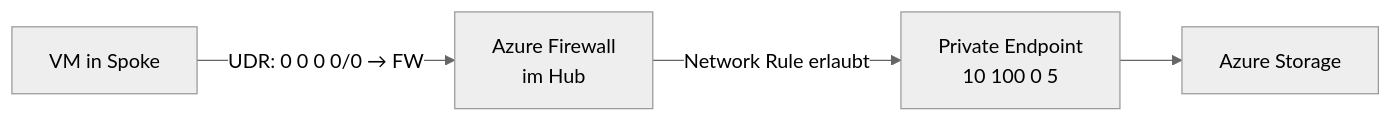
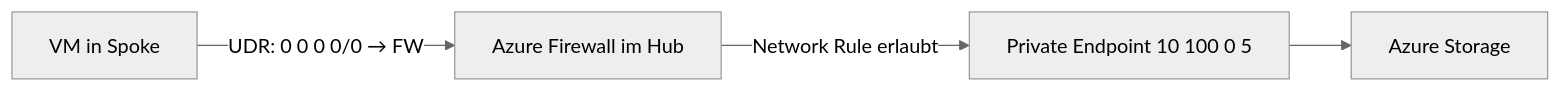
The fifth of 6 diagrams in Microsoft 365/Azure/Netzwerk/Azure Private Link.md (SoniiiT/notes-n-docs), drawn with Mermaid (neutral theme) before and after one commit. The commit also changed other lines of this file and 124 other files, not shown here.

First line of the commit message:
fix: Entferne \n aus allen Mermaid-Diagrammen (125 Dateien)

````diff
--- a/Microsoft 365/Azure/Netzwerk/Azure Private Link.md
+++ b/Microsoft 365/Azure/Netzwerk/Azure Private Link.md
@@ -275,6 +275,6 @@
 ```mermaid
 graph LR
-    VM[VM in Spoke] -->|UDR: 0 0 0 0/0 → FW| FW[Azure Firewall\nim Hub]
-    FW -->|Network Rule erlaubt| PE[Private Endpoint\n10 100 0 5]
+    VM[VM in Spoke] -->|UDR: 0 0 0 0/0 → FW| FW[Azure Firewall im Hub]
+    FW -->|Network Rule erlaubt| PE[Private Endpoint 10 100 0 5]
     PE --> STORAGE[Azure Storage]
 ```
````
